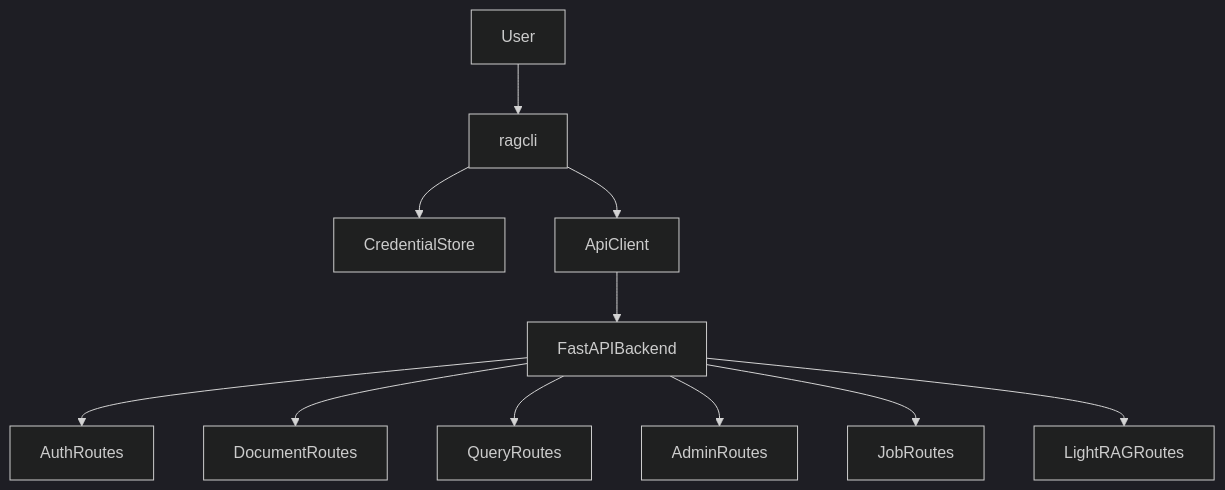
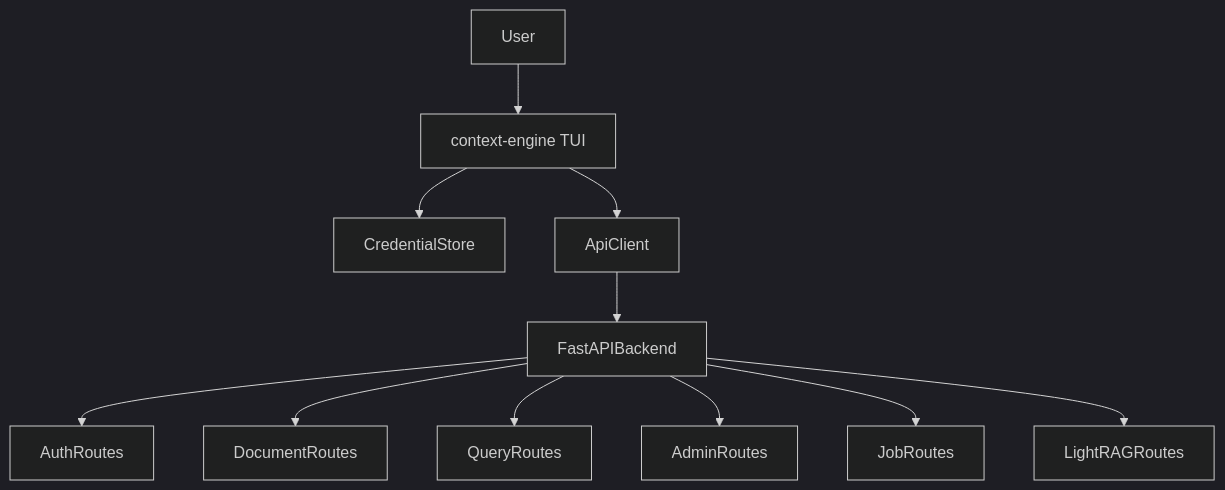
One commit to tabesink/context_engine changed the diagram in docs/cli_docs/README.md. Above: the diagram before and after it, drawn with Mermaid (dark theme). The commit also changed other lines of this file and 204 other files, not shown here.

Commit message:
lightrag deployment & tui cli refactor

````diff
--- a/docs/cli_docs/README.md
+++ b/docs/cli_docs/README.md
@@ -57,13 +64,13 @@
 ```mermaid
 flowchart TD
-    user[User] --> cli[ragcli]
+    user[User] --> cli[context-engine TUI]
     cli --> credentials[CredentialStore]
     cli --> client[ApiClient]
     client --> backend[FastAPIBackend]
     backend --> auth[AuthRoutes]
     backend --> docs[DocumentRoutes]
     backend --> query[QueryRoutes]
     backend --> admin[AdminRoutes]
     backend --> jobs[JobRoutes]
     backend --> lightrag[LightRAGRoutes]
 ```
````
